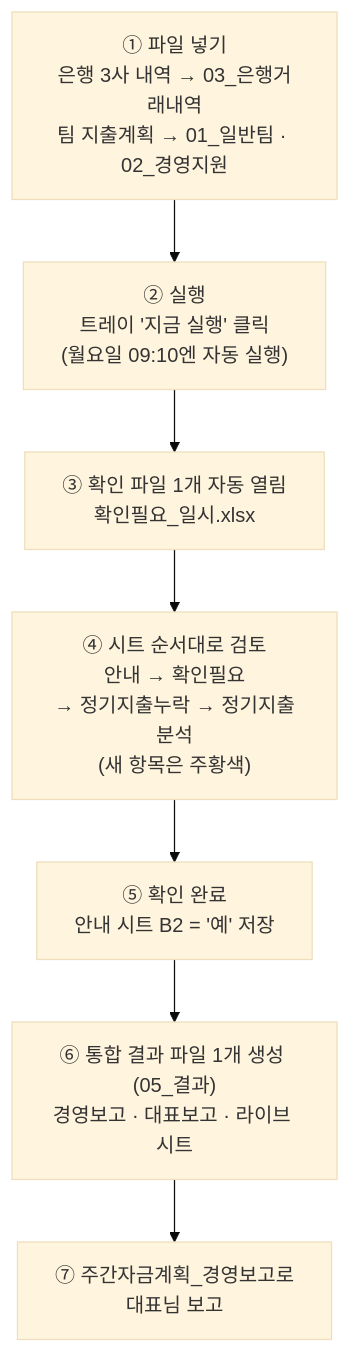
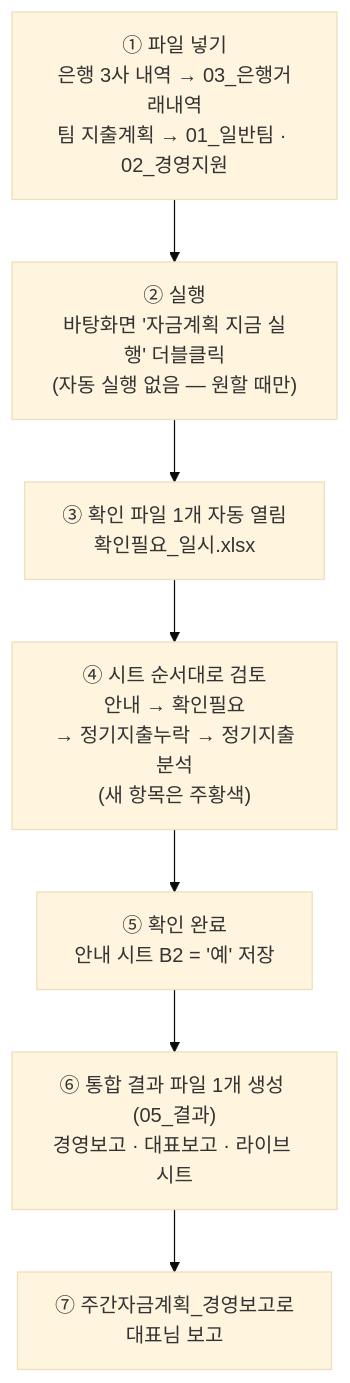
The diagram in 01-Projects/에이팜건강-주간자금계획-자동화/자금계획_자동화_한눈에_보기.md (goldgarden9620419-maker/mynotes), drawn with Mermaid (base theme) before and after one commit. The commit also changed other lines of this file, not shown here.

First line of the commit message:
자금계획 한눈에 보기: 자동 실행 제거, 수동 실행(바탕화면 바로가기) 기준으로 수정

````diff
--- a/01-Projects/에이팜건강-주간자금계획-자동화/자금계획_자동화_한눈에_보기.md
+++ b/01-Projects/에이팜건강-주간자금계획-자동화/자금계획_자동화_한눈에_보기.md
@@ -7,9 +8,9 @@
 ```mermaid
 flowchart TD
-    A["① 파일 넣기<br>은행 3사 내역 → 03_은행거래내역<br>팀 지출계획 → 01_일반팀 · 02_경영지원"] --> B["② 실행<br>트레이 '지금 실행' 클릭<br>(월요일 09:10엔 자동 실행)"]
+    A["① 파일 넣기<br>은행 3사 내역 → 03_은행거래내역<br>팀 지출계획 → 01_일반팀 · 02_경영지원"] --> B["② 실행<br>바탕화면 '자금계획 지금 실행' 더블클릭<br>(자동 실행 없음 — 원할 때만)"]
     B --> C["③ 확인 파일 1개 자동 열림<br>확인필요_일시.xlsx"]
     C --> D["④ 시트 순서대로 검토<br>안내 → 확인필요<br>→ 정기지출누락 → 정기지출분석<br>(새 항목은 주황색)"]
     D --> E["⑤ 확인 완료<br>안내 시트 B2 = '예' 저장"]
     E --> F["⑥ 통합 결과 파일 1개 생성 (05_결과)<br>경영보고 · 대표보고 · 라이브 시트"]
     F --> G["⑦ 주간자금계획_경영보고로<br>대표님 보고"]
 ```
````
